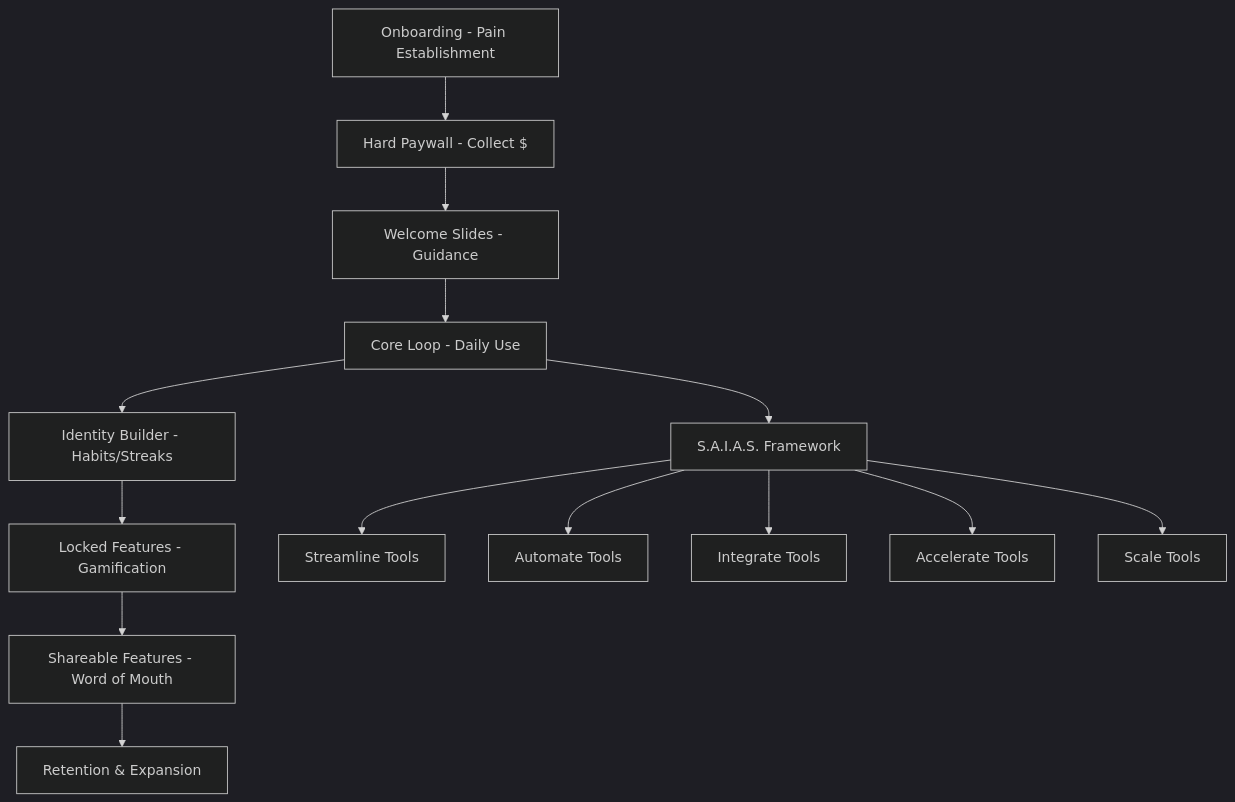
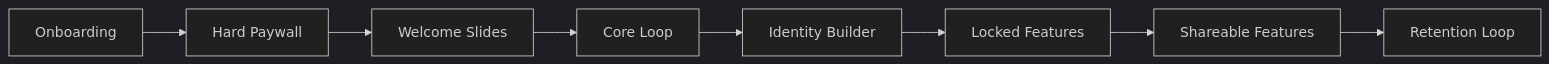
Before and after one commit to enfusionize/Cursor-business: the diagram in PAID_APP_STRATEGY_7_SCREENS.md, drawn with Mermaid (dark theme). The commit also changed other lines of this file, not shown here.

````diff
--- a/PAID_APP_STRATEGY_7_SCREENS.md
+++ b/PAID_APP_STRATEGY_7_SCREENS.md
@@ -15,17 +15,10 @@
 ```mermaid
-graph TD
-    A[Onboarding - Pain Establishment] --> B[Hard Paywall - Collect $]
-    B --> C[Welcome Slides - Guidance]
-    C --> D[Core Loop - Daily Use]
-    D --> E[Identity Builder - Habits/Streaks]
-    E --> F[Locked Features - Gamification]
-    F --> G[Shareable Features - Word of Mouth]
-    G --> H[Retention & Expansion]
-    
-    D --> I[S.A.I.A.S. Framework]
-    I --> J[Streamline Tools]
-    I --> K[Automate Tools]
-    I --> L[Integrate Tools]
-    I --> M[Accelerate Tools]
-    I --> N[Scale Tools]
+graph LR
+    A[Onboarding] --> B[Hard Paywall]
+    B --> C[Welcome Slides]
+    C --> D[Core Loop]
+    D --> E[Identity Builder]
+    E --> F[Locked Features]
+    F --> G[Shareable Features]
+    G --> H[Retention Loop]
 ```
````
